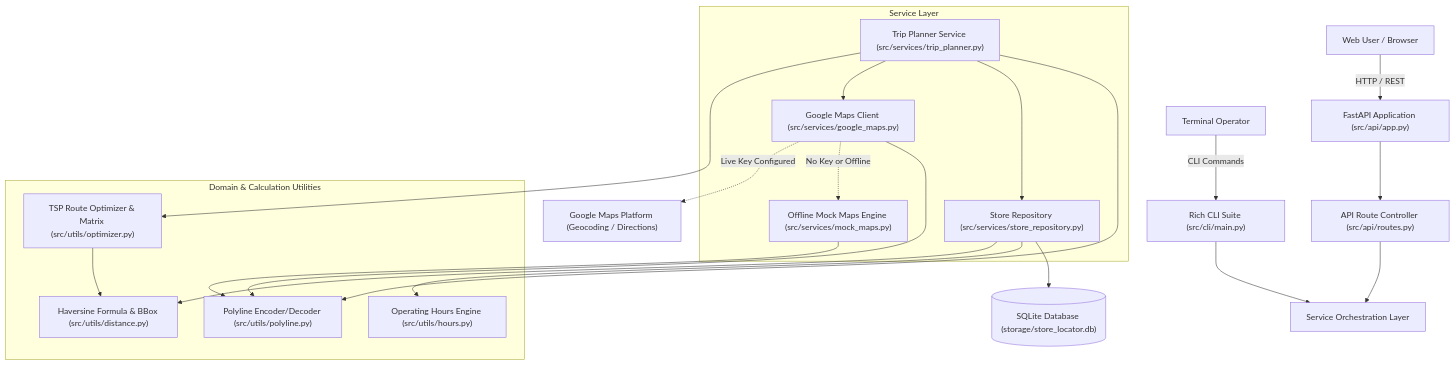
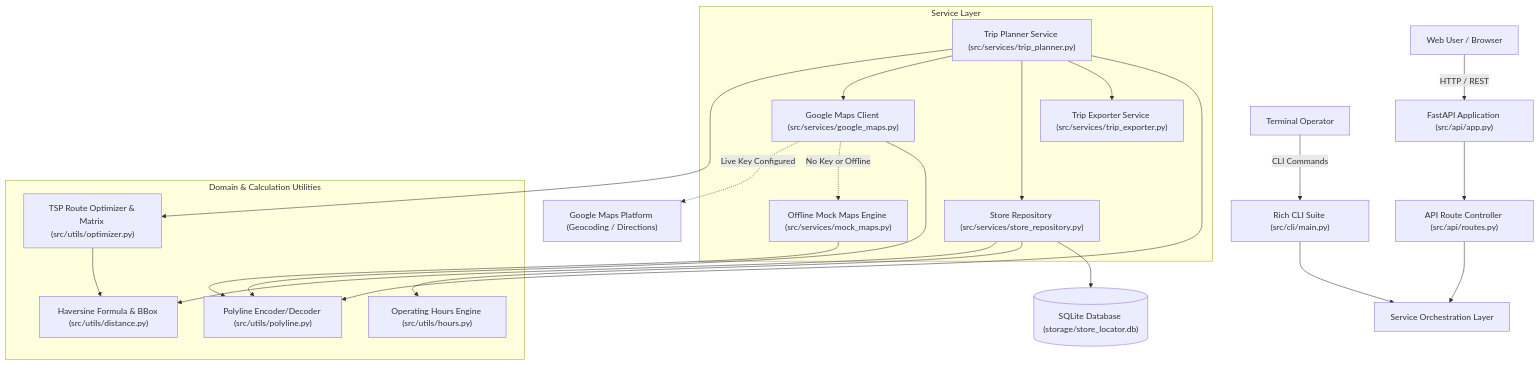
One commit to breakingthebot/google-maps-store-locator-build140 changed the diagram in README.md. Above: the diagram before and after it, drawn with Mermaid. The commit also changed other lines of this file and 12 other files, not shown here.

````diff
--- a/README.md
+++ b/README.md
@@ -15,39 +15,41 @@
 ```mermaid
 graph TD
     User["Web User / Browser"] -->|HTTP / REST| App["FastAPI Application (src/api/app.py)"]
     CLIUser["Terminal Operator"] -->|CLI Commands| CLI["Rich CLI Suite (src/cli/main.py)"]
 
     App --> Routes["API Route Controller (src/api/routes.py)"]
     CLI --> ServiceLayer["Service Orchestration Layer"]
     Routes --> ServiceLayer
 
     subgraph Service Layer
         MapsClient["Google Maps Client (src/services/google_maps.py)"]
         MockMaps["Offline Mock Maps Engine (src/services/mock_maps.py)"]
         Repo["Store Repository (src/services/store_repository.py)"]
         TripPlanner["Trip Planner Service (src/services/trip_planner.py)"]
+        TripExporter["Trip Exporter Service (src/services/trip_exporter.py)"]
     end
 
     subgraph Domain & Calculation Utilities
         Haversine["Haversine Formula & BBox (src/utils/distance.py)"]
         HoursCalc["Operating Hours Engine (src/utils/hours.py)"]
         Polyline["Polyline Encoder/Decoder (src/utils/polyline.py)"]
         Optimizer["TSP Route Optimizer & Matrix (src/utils/optimizer.py)"]
     end
 
     TripPlanner --> Optimizer
     TripPlanner --> MapsClient
     TripPlanner --> Repo
+    TripPlanner --> TripExporter
 
     MapsClient -.->|Live Key Configured| LiveAPI["Google Maps Platform (Geocoding / Directions)"]
     MapsClient -.->|No Key or Offline| MockMaps
 
     Repo --> Haversine
     Repo --> HoursCalc
     Optimizer --> Haversine
     TripPlanner --> Polyline
     MapsClient --> Polyline
     MockMaps --> Polyline
 
     Repo --> SQLite[("SQLite Database (storage/store_locator.db)")]
 ```
````
